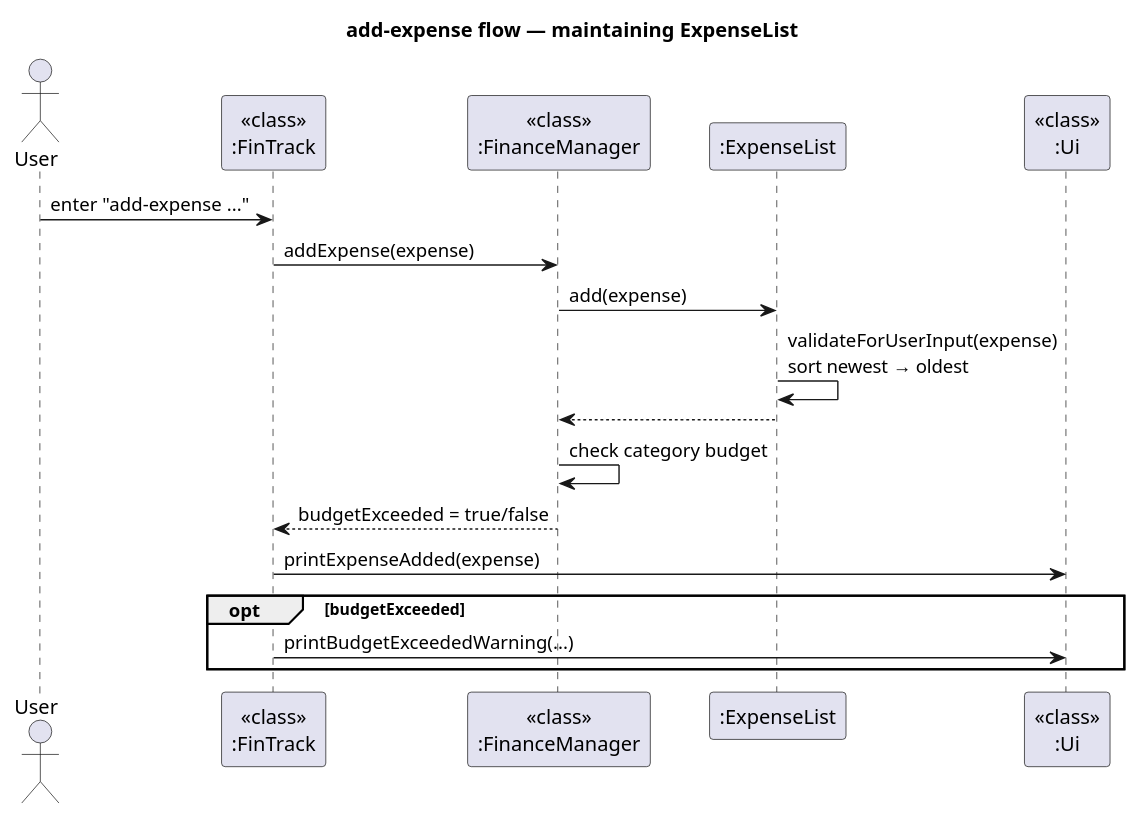
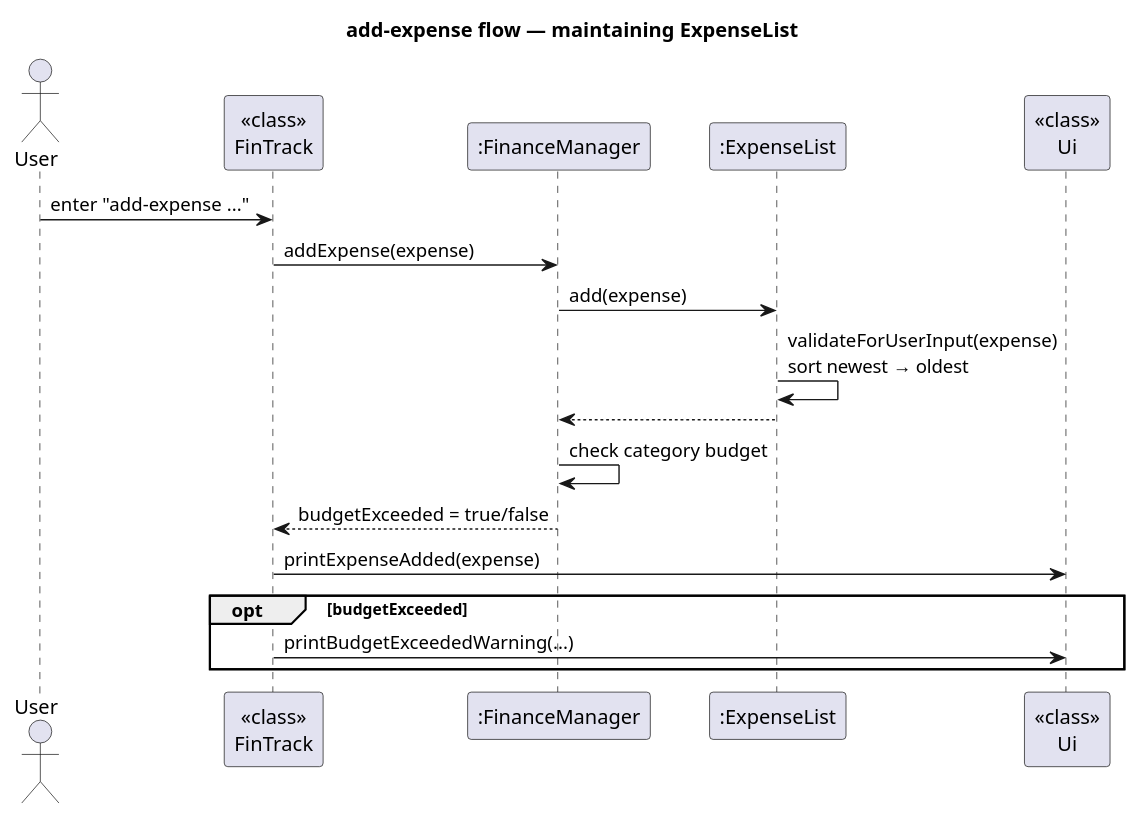
Before and after one commit to AY2526S1-CS2113-W12-4/tp: the diagram in docs/diagrams/FinanceManager_add-expense_DG.puml, drawn with PlantUML. The commit also changed 18 other files, not shown here.

Commit message:
Add persistence section under implementation in DG, update UML diagrams

```diff
--- a/docs/diagrams/FinanceManager_add-expense_DG.puml
+++ b/docs/diagrams/FinanceManager_add-expense_DG.puml
@@ -1,23 +1,23 @@
 @startuml
 title add-expense flow — maintaining ExpenseList
 
 actor User
-participant "<<class>>\n:FinTrack" as FinTrack
-participant "<<class>>\n:FinanceManager" as FM
+participant "<<class>>\nFinTrack" as FinTrack
+participant ":FinanceManager" as FM
 participant ":ExpenseList" as ExpList
-participant "<<class>>\n:Ui" as Ui
+participant "<<class>>\nUi" as Ui
 
 User -> FinTrack : enter "add-expense ..."
 FinTrack -> FM : addExpense(expense)
 FM -> ExpList : add(expense)
 ExpList -> ExpList : validateForUserInput(expense)\nsort newest → oldest
 ExpList --> FM
 
 FM -> FM : check category budget
 FM --> FinTrack : budgetExceeded = true/false
 
 FinTrack -> Ui : printExpenseAdded(expense)
 opt budgetExceeded
   FinTrack -> Ui : printBudgetExceededWarning(...)
 end
 @enduml
```
